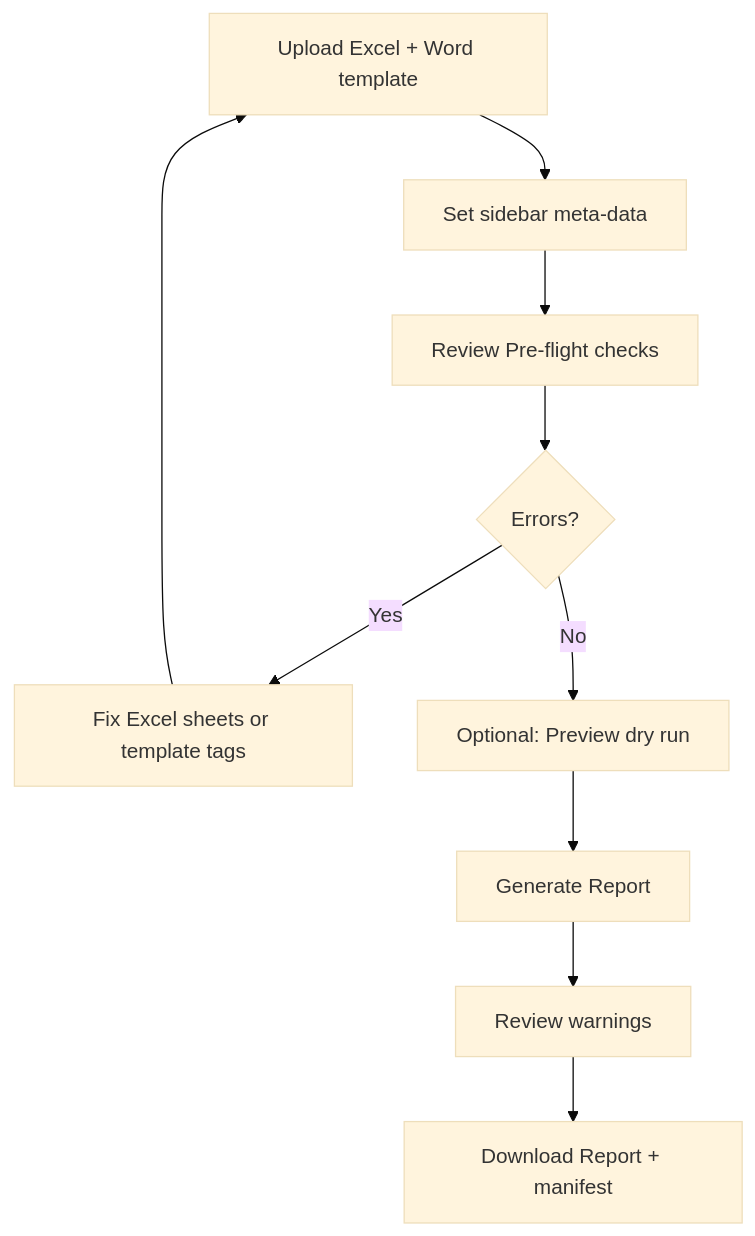
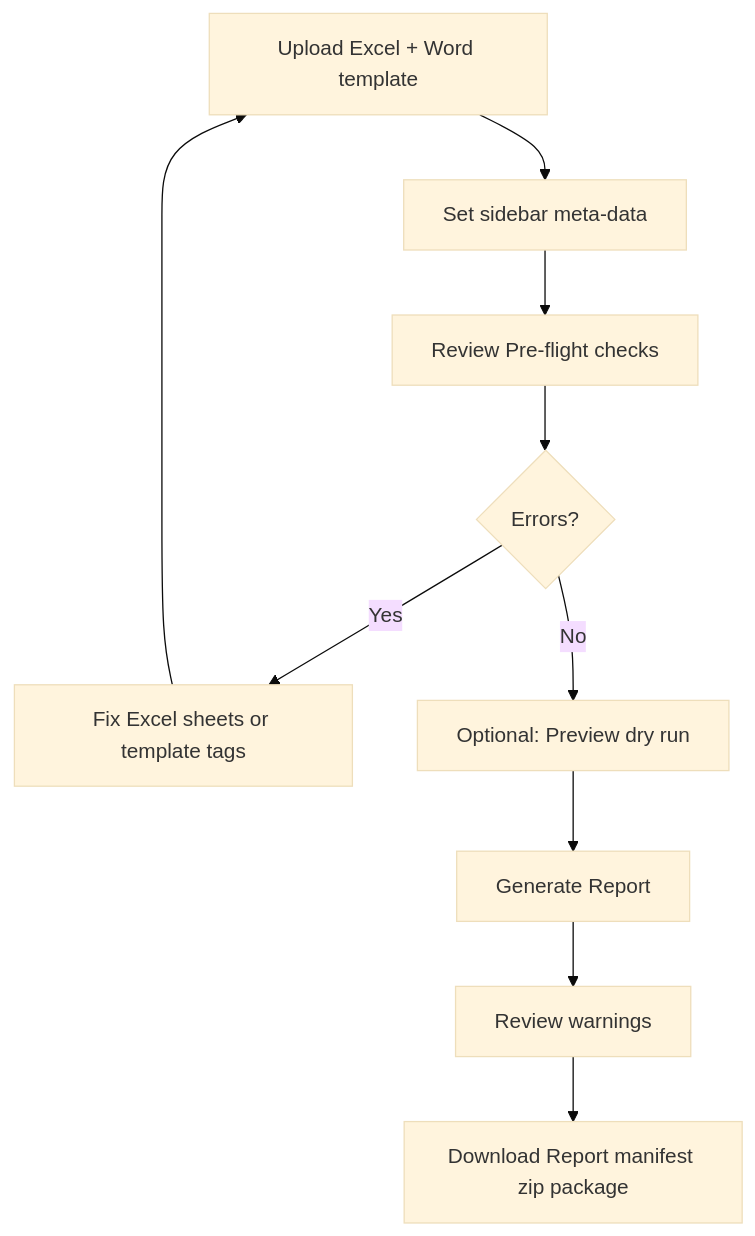
Before and after one commit to mutax2003/Report-Generator: the diagram in docs/02-user-guide.md, drawn with Mermaid (base theme). The commit also changed other lines of this file and 58 other files, not shown here.

First line of the commit message:
Add report profiles, PDF templates, deliverable zip, and doc sync.

````diff
--- a/docs/02-user-guide.md
+++ b/docs/02-user-guide.md
@@ -68,12 +75,12 @@
 ```mermaid
 flowchart TD
   A[Upload Excel + Word template] --> B[Set sidebar meta-data]
   B --> C[Review Pre-flight checks]
   C --> D{Errors?}
   D -->|Yes| E[Fix Excel sheets or template tags]
   E --> A
   D -->|No| F[Optional: Preview dry run]
   F --> G[Generate Report]
   G --> H[Review warnings]
-  H --> I[Download Report + manifest]
+  H --> I[Download Report manifest zip package]
 ```
````
